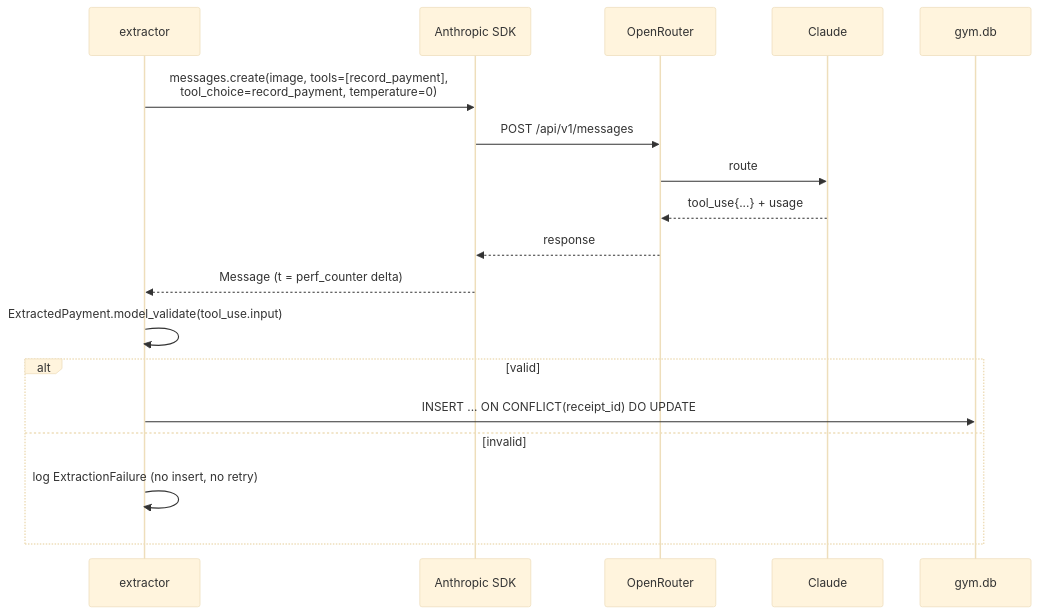
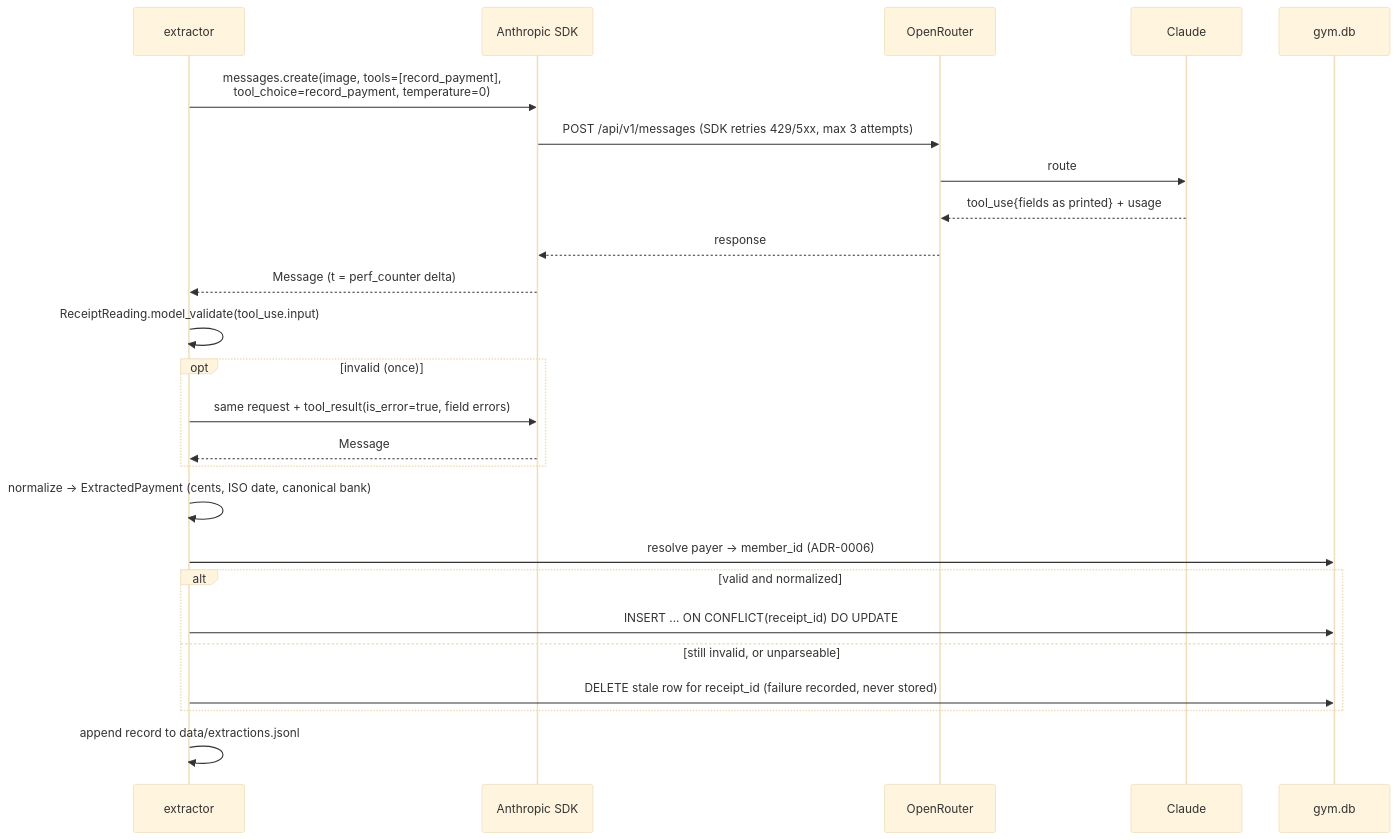
One commit to StonishVicer/gym-ops-agent changed the second of 3 diagrams in docs/architecture.md. Above: the diagram before and after it, drawn with Mermaid (base theme). The commit also changed other lines of this file and 5 other files, not shown here.

````diff
--- a/docs/architecture.md
+++ b/docs/architecture.md
@@ -73,20 +74,27 @@
 ```mermaid
 sequenceDiagram
     participant X as extractor
     participant S as Anthropic SDK
     participant O as OpenRouter
     participant C as Claude
     participant D as gym.db
     X->>S: messages.create(image, tools=[record_payment],<br/>tool_choice=record_payment, temperature=0)
-    S->>O: POST /api/v1/messages
+    S->>O: POST /api/v1/messages (SDK retries 429/5xx, max 3 attempts)
     O->>C: route
-    C-->>O: tool_use{...} + usage
+    C-->>O: tool_use{fields as printed} + usage
     O-->>S: response
     S-->>X: Message (t = perf_counter delta)
-    X->>X: ExtractedPayment.model_validate(tool_use.input)
-    alt valid
+    X->>X: ReceiptReading.model_validate(tool_use.input)
+    opt invalid (once)
+        X->>S: same request + tool_result(is_error=true, field errors)
+        S-->>X: Message
+    end
+    X->>X: normalize → ExtractedPayment (cents, ISO date, canonical bank)
+    X->>D: resolve payer → member_id (ADR-0006)
+    alt valid and normalized
         X->>D: INSERT ... ON CONFLICT(receipt_id) DO UPDATE
-    else invalid
-        X->>X: log ExtractionFailure (no insert, no retry)
+    else still invalid, or unparseable
+        X->>D: DELETE stale row for receipt_id (failure recorded, never stored)
     end
+    X->>X: append record to data/extractions.jsonl
 ```
````
